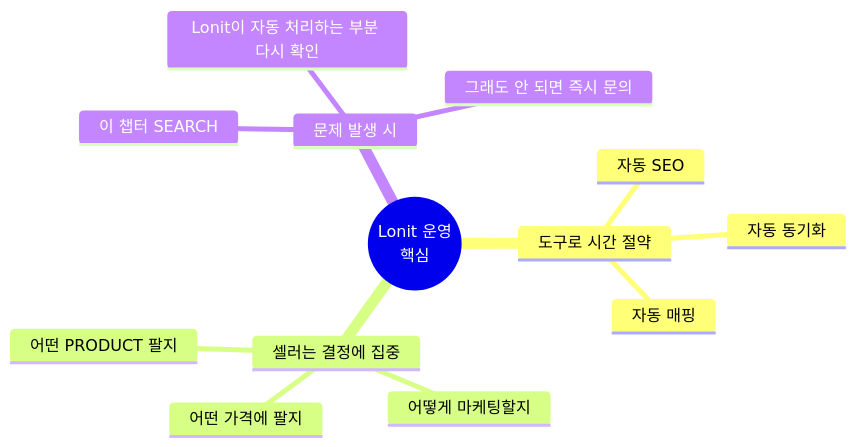
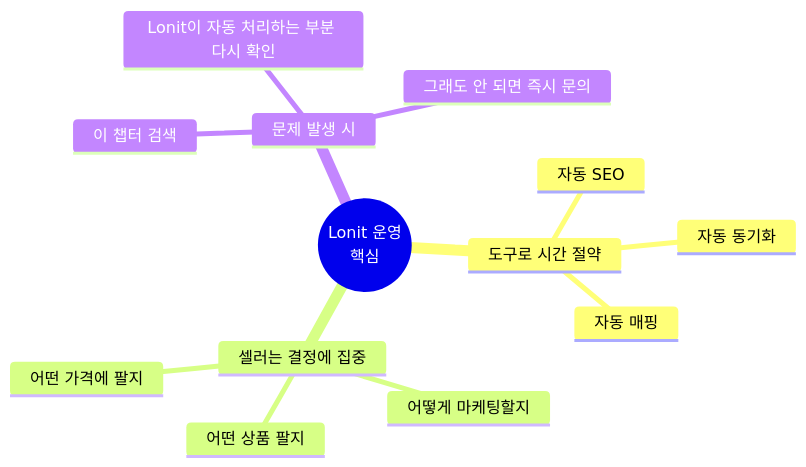
One commit to cksdud5785-design/lonit-manual changed the sixth of 6 diagrams in docs/08-troubleshooting.md. Above: the diagram before and after it, drawn with Mermaid. The commit also changed 4 other files, not shown here.

First line of the commit message:
fix: mermaid 라벨 false positive 한국어 복원

````diff
--- a/docs/08-troubleshooting.md
+++ b/docs/08-troubleshooting.md
@@ -315,16 +315,16 @@
 ```mermaid
 mindmap
   root((Lonit 운영<br>핵심))
     도구로 시간 절약
       자동 SEO
       자동 동기화
       자동 매핑
     셀러는 결정에 집중
-      어떤 PRODUCT 팔지
+      어떤 상품 팔지
       어떻게 마케팅할지
       어떤 가격에 팔지
     문제 발생 시
-      이 챕터 SEARCH
+      이 챕터 검색
       Lonit이 자동 처리하는 부분 다시 확인
       그래도 안 되면 즉시 문의
 ```
````
